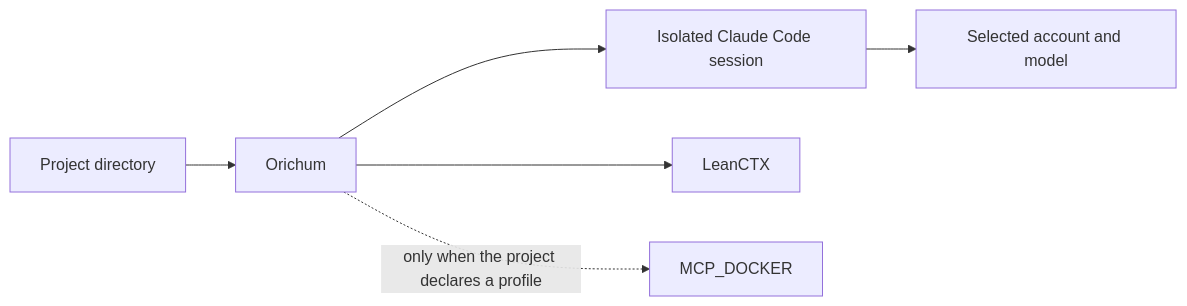
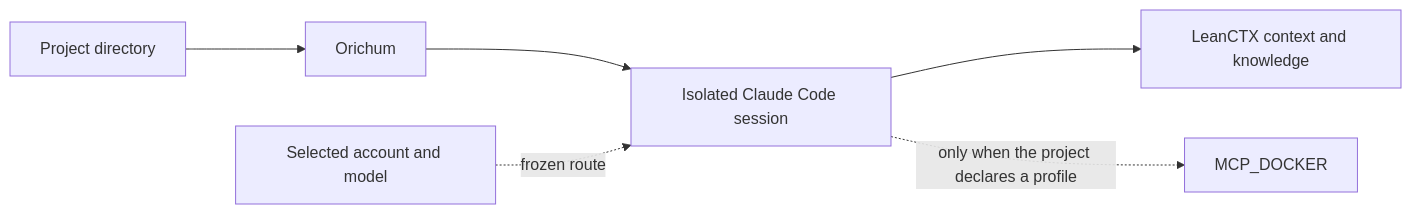
One commit to orichum/claudex-workflow changed the diagram in README.md. Above: the diagram before and after it, drawn with Mermaid. The commit also changed other lines of this file and 32 other files, not shown here.

````diff
--- a/README.md
+++ b/README.md
@@ -215,8 +220,8 @@
 ```mermaid
 flowchart LR
     P["Project directory"] --> O["Orichum"]
     O --> S["Isolated Claude Code session"]
-    S --> M["Selected account and model"]
-    O --> L["LeanCTX"]
-    O -. "only when the project declares a profile" .-> D["MCP_DOCKER"]
+    M["Selected account and model"] -. "frozen route" .-> S
+    S --> L["LeanCTX context and knowledge"]
+    S -. "only when the project declares a profile" .-> D["MCP_DOCKER"]
 ```
````
